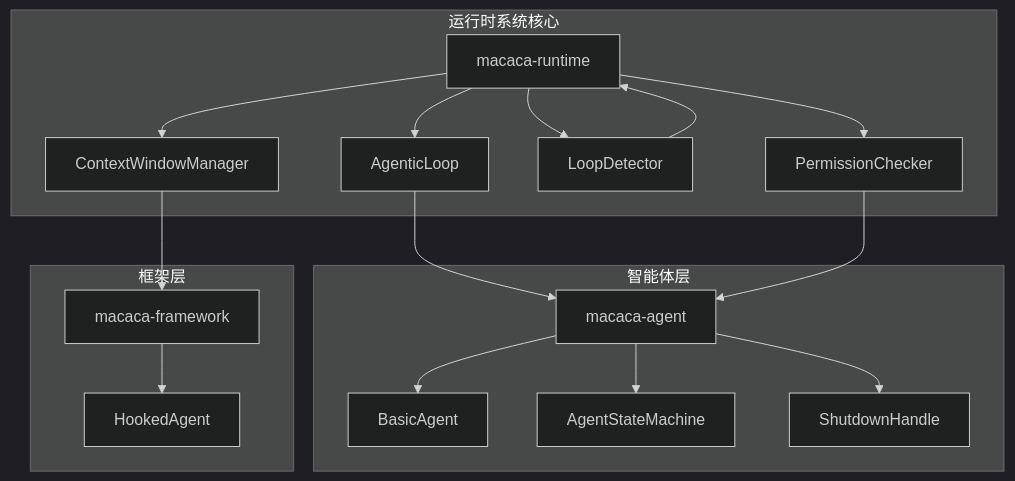
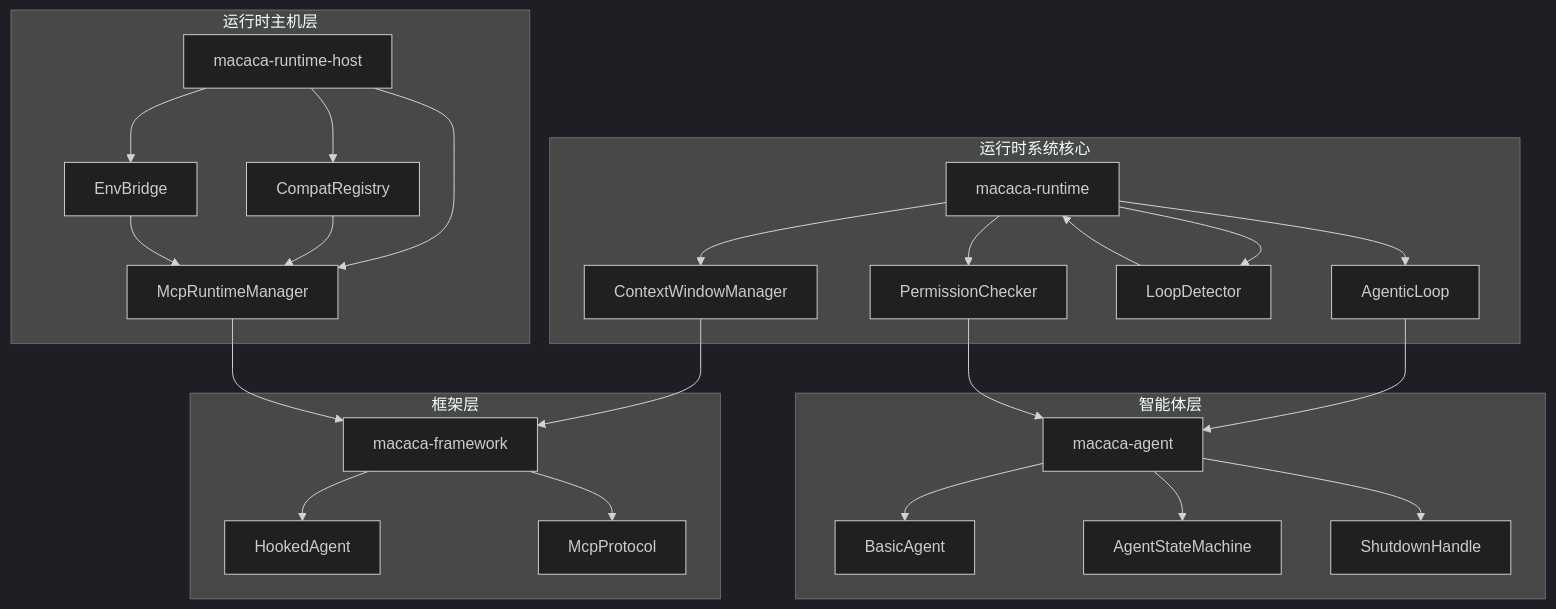
Before and after one commit to ixiejun/macaca: the first of 12 diagrams in .qoder/repowiki/zh/content/Runtime System.md, drawn with Mermaid (dark theme). The commit also changed other lines of this file and 49 other files, not shown here.

````diff
--- a/.qoder/repowiki/zh/content/Runtime System.md
+++ b/.qoder/repowiki/zh/content/Runtime System.md
@@ -39,32 +56,46 @@
 ```mermaid
 graph TB
 subgraph "运行时系统核心"
 Runtime[macaca-runtime]
 Loop[AgenticLoop]
 Context[ContextWindowManager]
 Detector[LoopDetector]
 Perm[PermissionChecker]
+end
+subgraph "运行时主机层"
+RuntimeHost[macaca-runtime-host]
+McpMgr[McpRuntimeManager]
+Compat[CompatRegistry]
+EnvBridge[EnvBridge]
 end
 subgraph "智能体层"
 Agent[macaca-agent]
 Basic[BasicAgent]
 State[AgentStateMachine]
 Shutdown[ShutdownHandle]
 end
 subgraph "框架层"
 Framework[macaca-framework]
 Hooked[HookedAgent]
+McpProto[McpProtocol]
 end
 Runtime --> Loop
 Runtime --> Context
 Runtime --> Detector
 Runtime --> Perm
+RuntimeHost --> McpMgr
+RuntimeHost --> Compat
+RuntimeHost --> EnvBridge
 Agent --> Basic
 Agent --> State
 Agent --> Shutdown
 Framework --> Hooked
+Framework --> McpProto
 Loop --> Agent
 Context --> Framework
 Detector --> Runtime
 Perm --> Agent
+McpMgr --> Framework
+Compat --> McpMgr
+EnvBridge --> McpMgr
 ```
````
